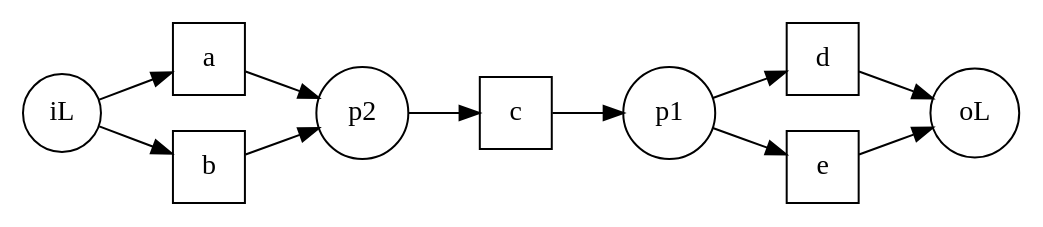
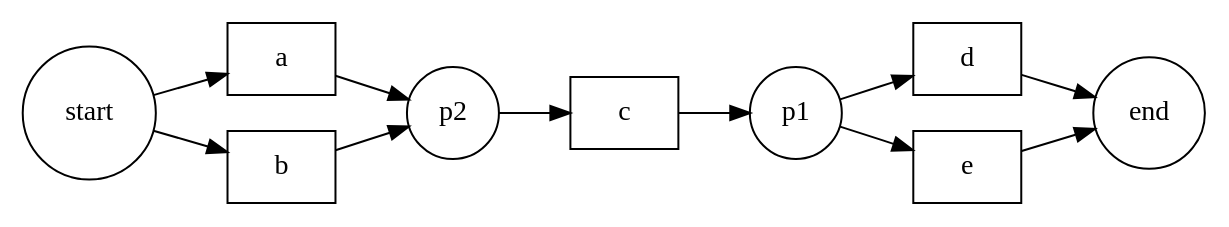
The diagram in graph-output/graph-output/L4.gv (PhamCaoLam/Process_Mining_Internship), drawn with Graphviz before and after one commit. The commit also changed 34 other files, not shown here.

```diff
--- a/graph-output/graph-output/L4.gv
+++ b/graph-output/graph-output/L4.gv
@@ -1,33 +1,33 @@
 digraph {
 	graph [rankdir=LR]
-	c [shape=square]
+	c [shape=rect]
 	p1 [shape=circle]
 	c -> p1
 	p1 [shape=circle]
-	d [shape=square]
+	d [shape=rect]
 	p1 -> d
 	p1 [shape=circle]
-	e [shape=square]
+	e [shape=rect]
 	p1 -> e
-	a [shape=square]
+	a [shape=rect]
 	p2 [shape=circle]
 	a -> p2
-	b [shape=square]
+	b [shape=rect]
 	p2 [shape=circle]
 	b -> p2
 	p2 [shape=circle]
-	c [shape=square]
+	c [shape=rect]
 	p2 -> c
-	iL [shape=circle]
-	a [shape=square]
-	iL -> a
-	iL [shape=circle]
-	b [shape=square]
-	iL -> b
-	oL [shape=circle]
-	d [shape=square]
-	d -> oL
-	oL [shape=circle]
-	e [shape=square]
-	e -> oL
+	start [shape=circle]
+	a [shape=rect]
+	start -> a
+	start [shape=circle]
+	b [shape=rect]
+	start -> b
+	end [shape=circle]
+	d [shape=rect]
+	d -> end
+	end [shape=circle]
+	e [shape=rect]
+	e -> end
 }
```
